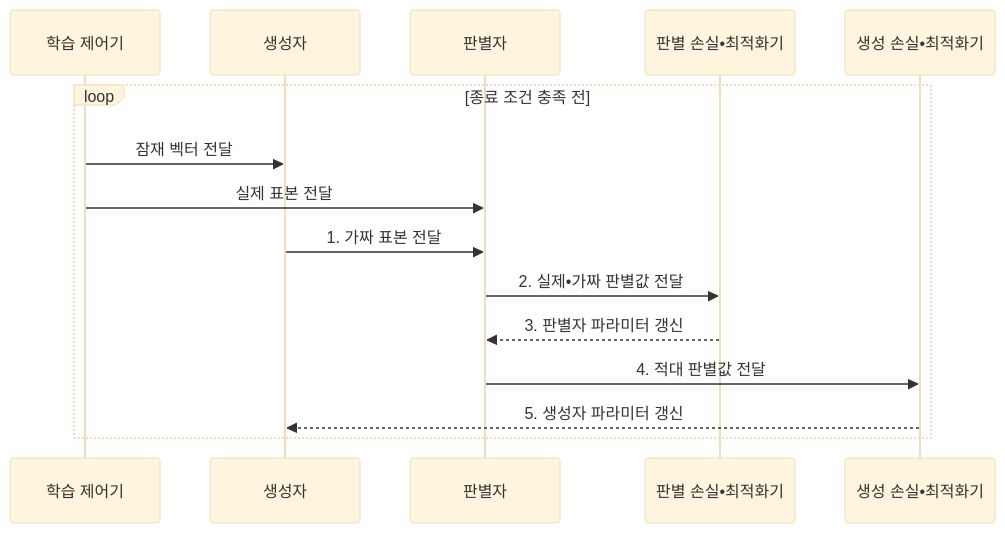
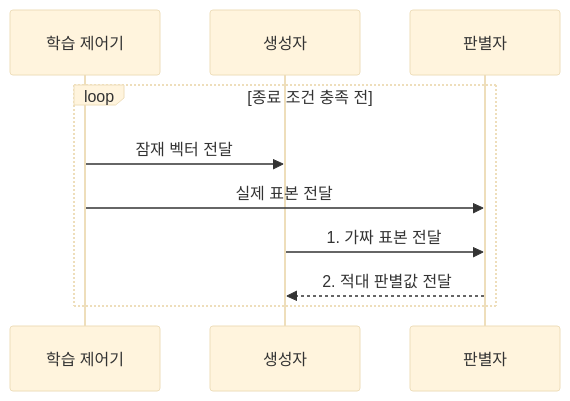
One commit to agnusdei1207/knowledge-base changed the second of 2 diagrams in src/content/docs/notes/01-basic-theory/046_gan.md. Above: the diagram before and after it, drawn with Mermaid (base theme). The commit also changed other lines of this file and 17 other files, not shown here.

````diff
--- a/src/content/docs/notes/01-basic-theory/046_gan.md
+++ b/src/content/docs/notes/01-basic-theory/046_gan.md
@@ -85,17 +81,12 @@
 ```mermaid
 sequenceDiagram
     participant T as 학습 제어기
     participant G as 생성자
     participant D as 판별자
-    participant OD as 판별 손실•최적화기
-    participant OG as 생성 손실•최적화기
     loop 종료 조건 충족 전
         T->>G: 잠재 벡터 전달
         T->>D: 실제 표본 전달
         G->>D: 1. 가짜 표본 전달
-        D->>OD: 2. 실제•가짜 판별값 전달
-        OD-->>D: 3. 판별자 파라미터 갱신
-        D->>OG: 4. 적대 판별값 전달
-        OG-->>G: 5. 생성자 파라미터 갱신
+        D-->>G: 2. 적대 판별값 전달
     end
 ```
````
